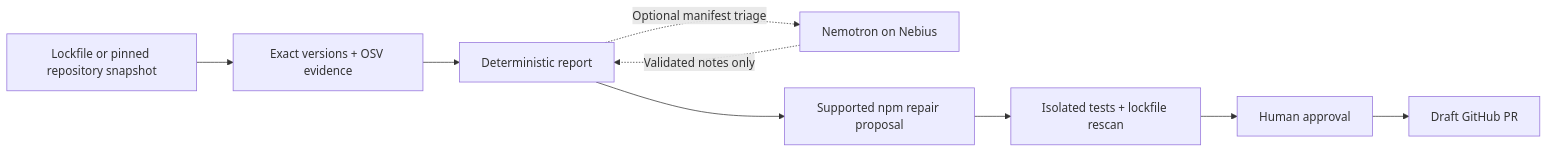
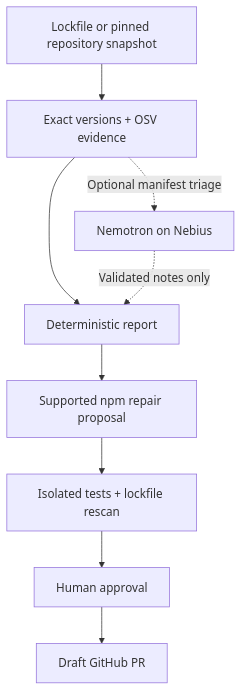
One commit to loulouA-ux/Nebius-x-NVIDIA-Global-AI-Hackathon changed the diagram in README.md. Above: the diagram before and after it, drawn with Mermaid.

Commit message:
docs: keep workflow diagram readable in GitHub preview

````diff
--- a/README.md
+++ b/README.md
@@ -102,11 +102,11 @@
 ```mermaid
-flowchart LR
+flowchart TD
     A[Lockfile or pinned repository snapshot] --> B[Exact versions + OSV evidence]
     B --> C[Deterministic report]
-    C -. Optional manifest triage .-> N[Nemotron on Nebius]
+    B -. Optional manifest triage .-> N[Nemotron on Nebius]
     N -. Validated notes only .-> C
     C --> D[Supported npm repair proposal]
     D --> E[Isolated tests + lockfile rescan]
     E --> F[Human approval]
     F --> G[Draft GitHub PR]
 ```
````
